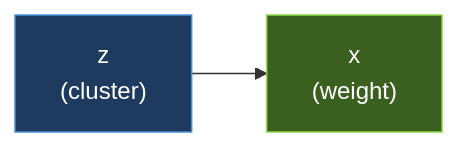
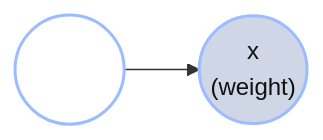
The first of 3 diagrams in content/intro2/08_bayes_nets.md (josephausterweil/probintro), drawn with Mermaid before and after one commit. The commit also changed other lines of this file and 3 other files, not shown here.

````diff
--- a/content/intro2/08_bayes_nets.md
+++ b/content/intro2/08_bayes_nets.md
@@ -38,6 +38,8 @@
 ```mermaid
 graph LR
-    Z["z<br/>(cluster)"] --> X["x<br/>(weight)"]
-    style Z fill:#1f3a5f,stroke:#4a90d9,color:#fff
-    style X fill:#3a5f1f,stroke:#90d94a,color:#fff
+    Z(("z<br/>(cluster)")) --> X(("x<br/>(weight)"))
+    classDef hidden fill:none,stroke:#9bbcff,stroke-width:2px,color:#fff
+    classDef observed fill:#cfd6e6,stroke:#9bbcff,stroke-width:2px,color:#111
+    class Z hidden
+    class X observed
 ```
````
